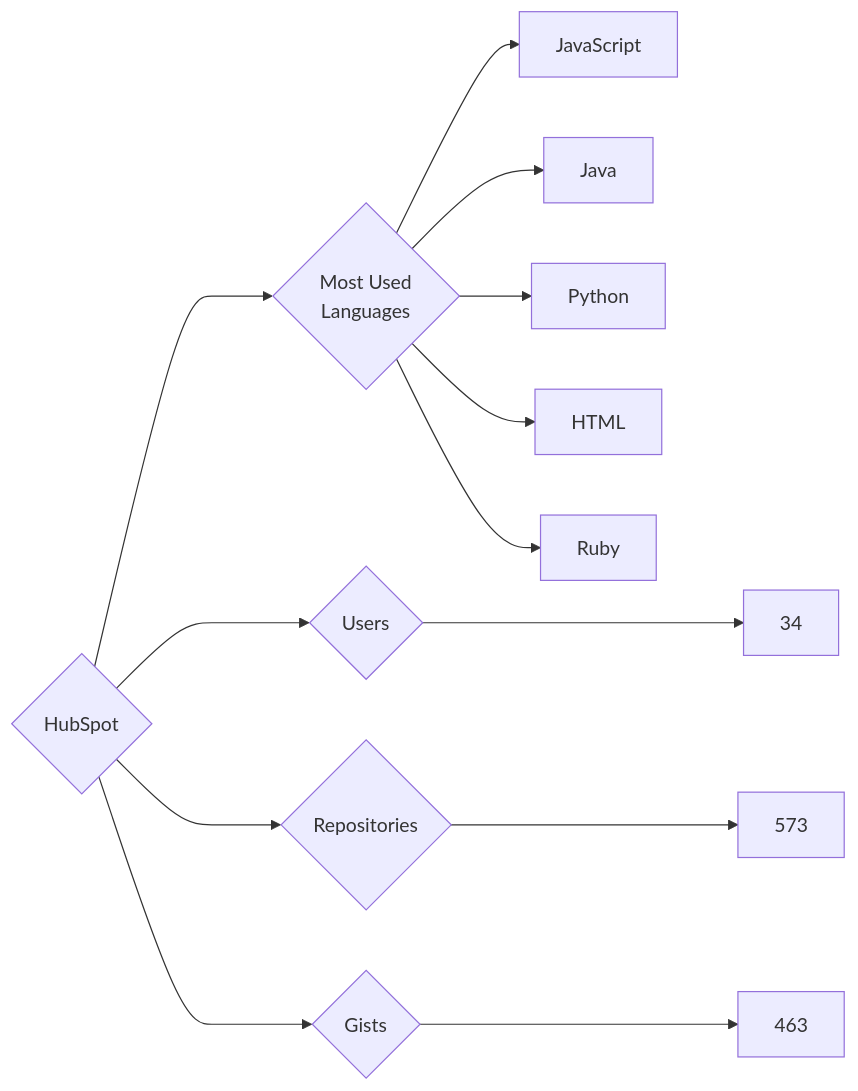
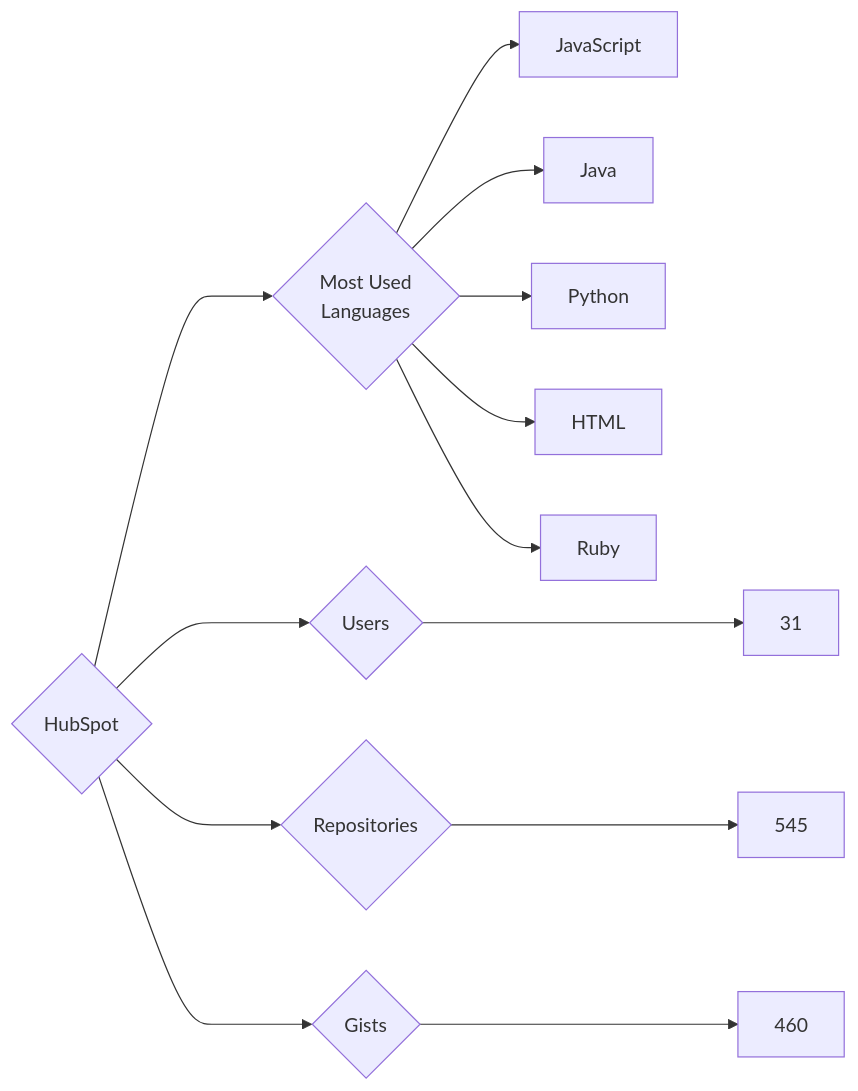
One commit to trickest/insiders changed the diagram in targets/HubSpot/README.md. Above: the diagram before and after it, drawn with Mermaid. The commit also changed 953 other files, not shown here.

````diff
--- a/targets/HubSpot/README.md
+++ b/targets/HubSpot/README.md
@@ -3,13 +3,13 @@
 ```mermaid
 graph LR
 COMPANY_NAME{HubSpot}
-COMPANY_NAME ---> U{Users} ---> UN[34]
-COMPANY_NAME ---> R{Repositories} ---> RN[573]
-COMPANY_NAME ---> G{Gists} ---> GN[463]
+COMPANY_NAME ---> U{Users} ---> UN[31]
+COMPANY_NAME ---> R{Repositories} ---> RN[545]
+COMPANY_NAME ---> G{Gists} ---> GN[460]
 COMPANY_NAME ---> ML{Most Used<br>Languages}
 ML --> JavaScript[JavaScript]
 ML --> Java[Java]
 ML --> Python[Python]
 ML --> HTML[HTML]
 ML --> Ruby[Ruby]
 ```
````
